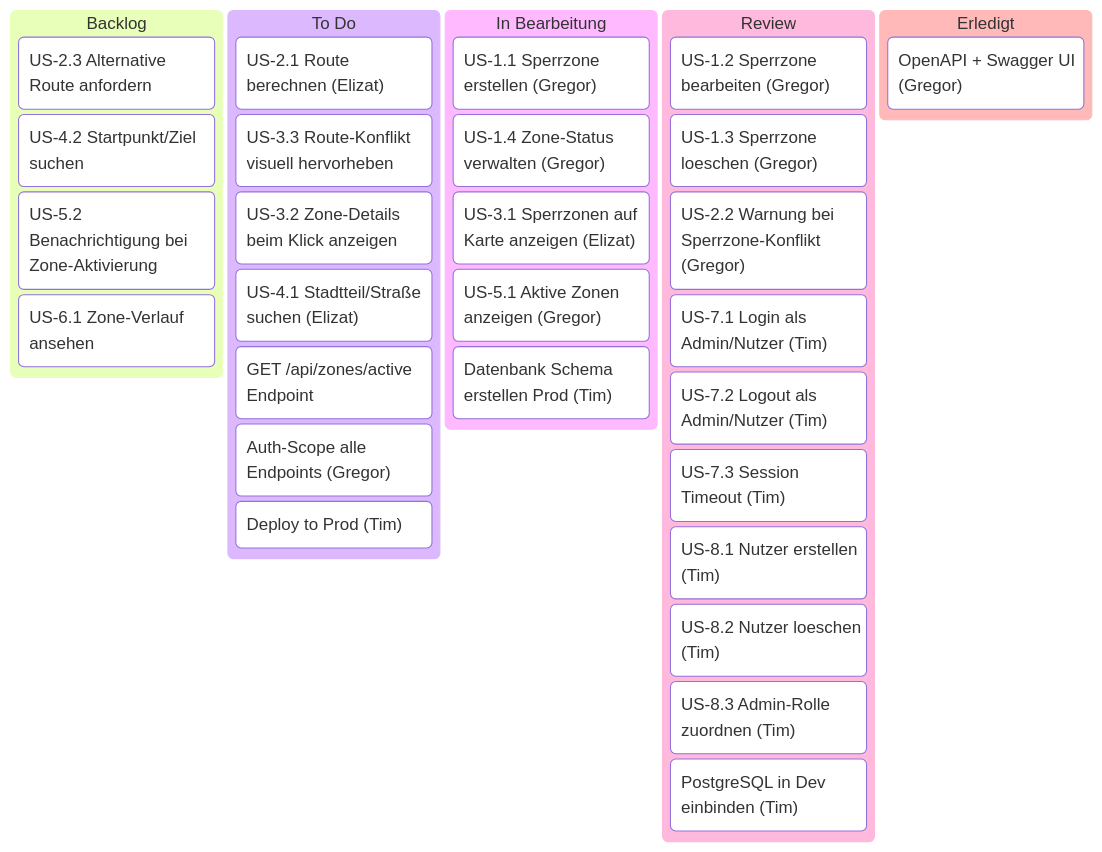
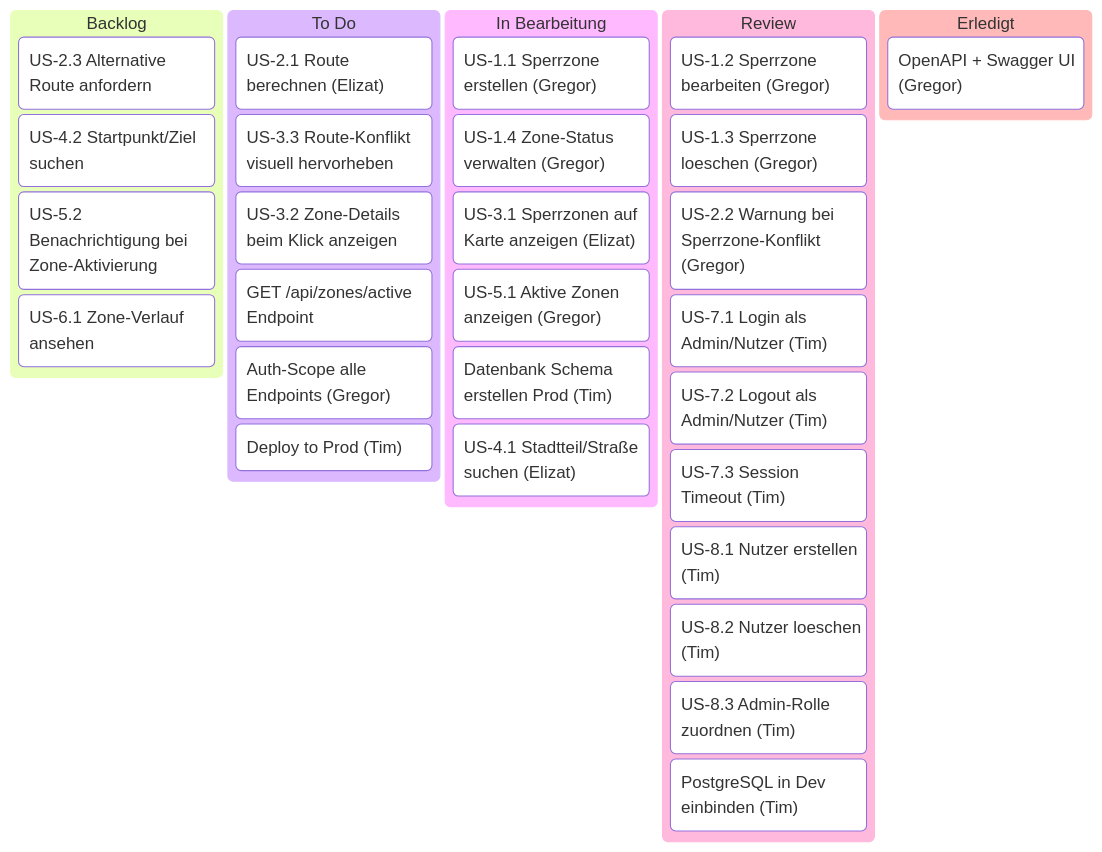
Before and after one commit to g8rdier/urban-flow-governance: the diagram in docs/project/PLAN.md, drawn with Mermaid. The commit also changed other lines of this file and 5 other files, not shown here.

````diff
--- a/docs/project/PLAN.md
+++ b/docs/project/PLAN.md
@@ -15,44 +15,44 @@
 ```mermaid
 ---
 config:
   kanban:
     ticketBaseUrl: ''
 ---
 kanban
   Backlog
     b1[US-2.3 Alternative Route anfordern]
     b2[US-4.2 Startpunkt/Ziel suchen]
     b3[US-5.2 Benachrichtigung bei Zone-Aktivierung]
     b4[US-6.1 Zone-Verlauf ansehen]
 
   ToDo[To Do]
     t1["US-2.1 Route berechnen (Elizat)"]
     t2[US-3.3 Route-Konflikt visuell hervorheben]
     t3[US-3.2 Zone-Details beim Klick anzeigen]
-    t4["US-4.1 Stadtteil/Straße suchen (Elizat)"]
     t5["GET /api/zones/active Endpoint"]
     t6["Auth-Scope alle Endpoints (Gregor)"]
     t8["Deploy to Prod (Tim)"]
 
   InProgress[In Bearbeitung]
     p1["US-1.1 Sperrzone erstellen (Gregor)"]
     p2["US-1.4 Zone-Status verwalten (Gregor)"]
     p3["US-3.1 Sperrzonen auf Karte anzeigen (Elizat)"]
     p4["US-5.1 Aktive Zonen anzeigen (Gregor)"]
     t7["Datenbank Schema erstellen Prod (Tim)"]
+    t4["US-4.1 Stadtteil/Straße suchen (Elizat)"]
 
   Review
     r1["US-1.2 Sperrzone bearbeiten (Gregor)"]
     r2["US-1.3 Sperrzone loeschen (Gregor)"]
     r3["US-2.2 Warnung bei Sperrzone-Konflikt (Gregor)"]
     r4["US-7.1 Login als Admin/Nutzer (Tim)"]
     r5["US-7.2 Logout als Admin/Nutzer (Tim)"]
     r6["US-7.3 Session Timeout (Tim)"]
     r7["US-8.1 Nutzer erstellen (Tim)"]
     r8["US-8.2 Nutzer loeschen (Tim)"]
     r9["US-8.3 Admin-Rolle zuordnen (Tim)"]
     p5["PostgreSQL in Dev einbinden (Tim)"]
 
   Erledigt
     d1["OpenAPI + Swagger UI (Gregor)"]
 ```
````
